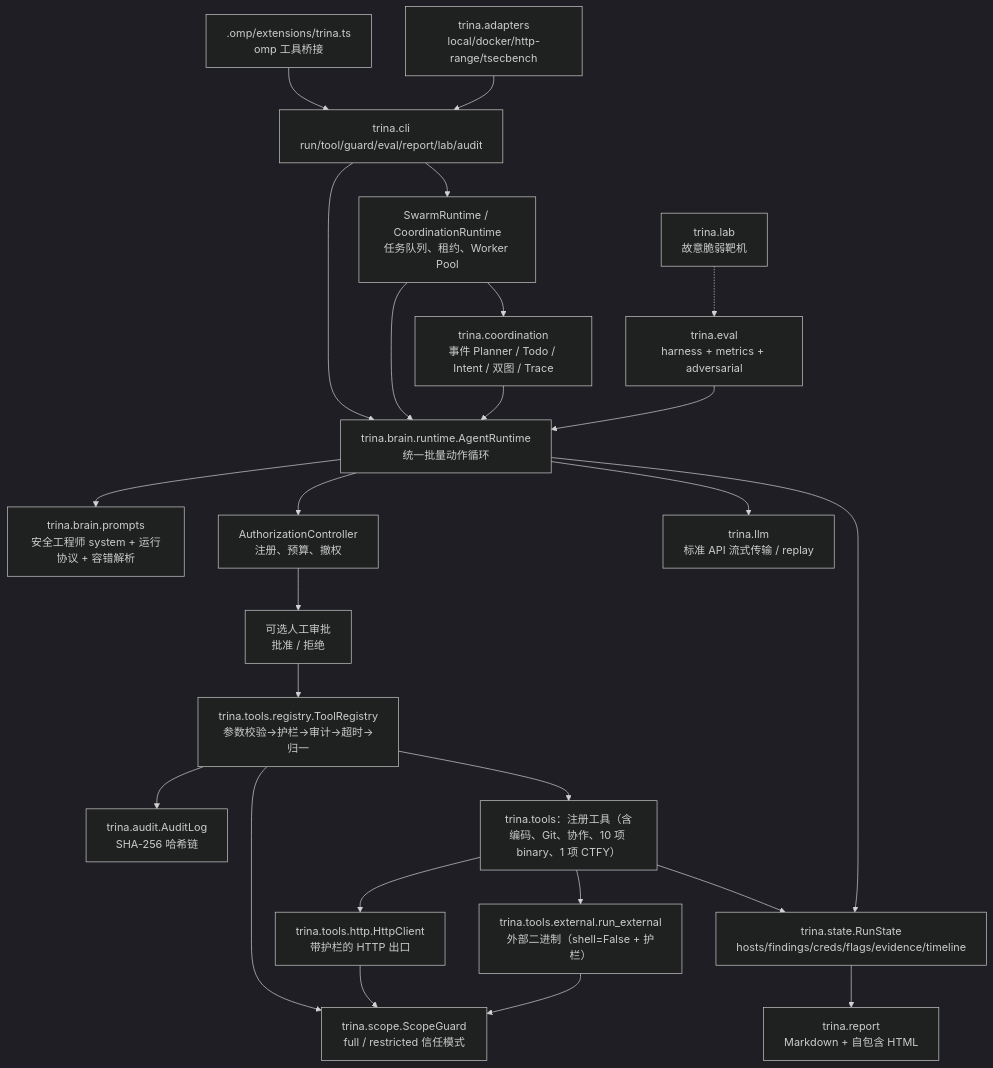
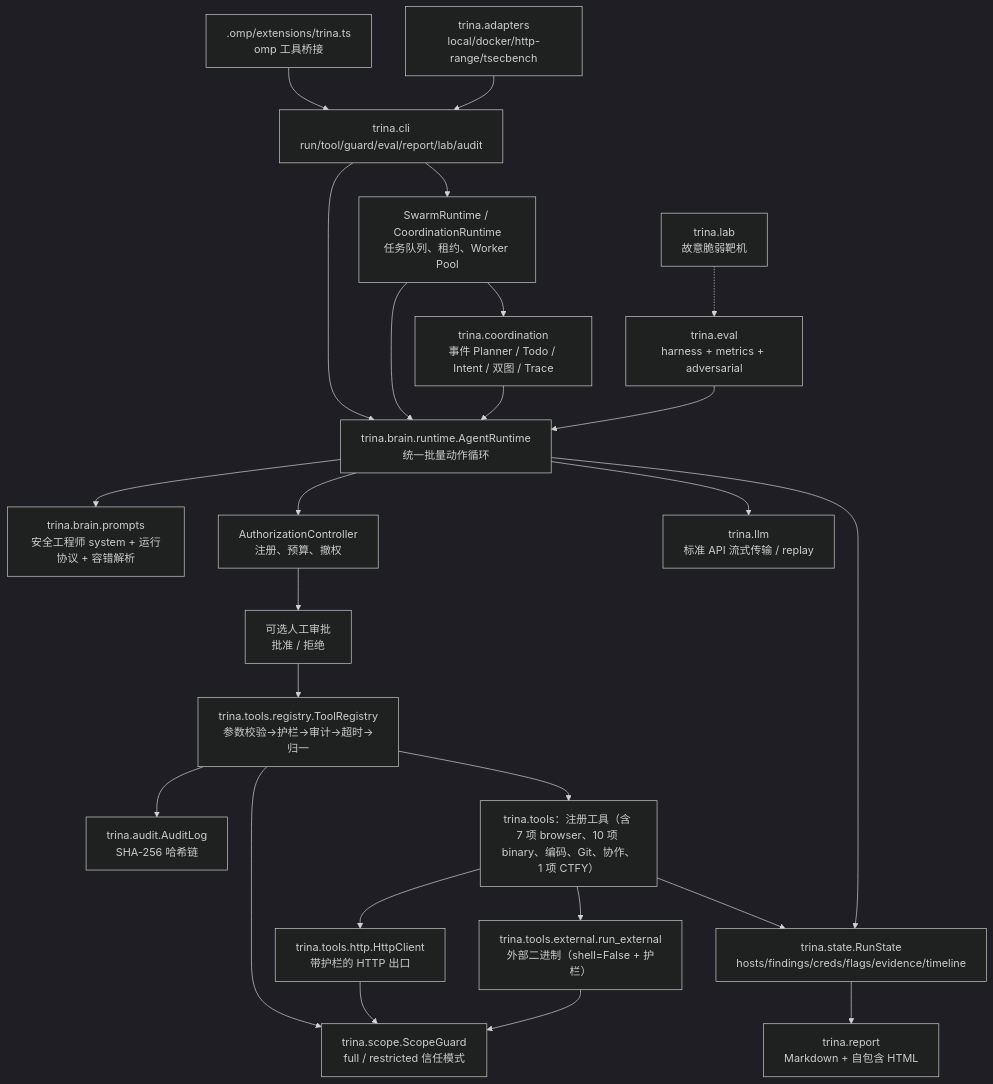
Before and after one commit to YHalo-wyh/Trina: the diagram in docs/ARCHITECTURE.md, drawn with Mermaid (dark theme). The commit also changed other lines of this file and 23 other files, not shown here.

Commit message:
feat: add managed Playwright browser tools

````diff
--- a/docs/ARCHITECTURE.md
+++ b/docs/ARCHITECTURE.md
@@ -13,42 +13,42 @@
 ```mermaid
 flowchart TB
     CLI["trina.cli<br/>run/tool/guard/eval/report/lab/audit"]
     OMPEXT[".omp/extensions/trina.ts<br/>omp 工具桥接"]
     AGENT["trina.brain.runtime.AgentRuntime<br/>统一批量动作循环"]
     SCHED["SwarmRuntime / CoordinationRuntime<br/>任务队列、租约、Worker Pool"]
     PROMPTS["trina.brain.prompts<br/>安全工程师 system + 运行协议 + 容错解析"]
     POLICY["AuthorizationController<br/>注册、预算、撤权"]
     APPROVAL["可选人工审批<br/>批准 / 拒绝"]
     REG["trina.tools.registry.ToolRegistry<br/>参数校验→护栏→审计→超时→归一"]
     GUARD["trina.scope.ScopeGuard<br/>full / restricted 信任模式"]
     AUDIT["trina.audit.AuditLog<br/>SHA-256 哈希链"]
     STATE["trina.state.RunState<br/>hosts/findings/creds/flags/evidence/timeline"]
     COORD["trina.coordination<br/>事件 Planner / Todo / Intent / 双图 / Trace"]
-    TOOLS["trina.tools：注册工具（含编码、Git、协作、10 项 binary、1 项 CTFY）"]
+    TOOLS["trina.tools：注册工具（含 7 项 browser、10 项 binary、编码、Git、协作、1 项 CTFY）"]
     HTTP["trina.tools.http.HttpClient<br/>带护栏的 HTTP 出口"]
     EXT["trina.tools.external.run_external<br/>外部二进制（shell=False + 护栏）"]
     LLM["trina.llm<br/>标准 API 流式传输 / replay"]
     ADAPT["trina.adapters<br/>local/docker/http-range/tsecbench"]
     EVAL["trina.eval<br/>harness + metrics + adversarial"]
     LAB["trina.lab<br/>故意脆弱靶机"]
     REPORT["trina.report<br/>Markdown + 自包含 HTML"]
 
     CLI --> AGENT
     CLI --> SCHED --> COORD
     OMPEXT --> CLI
     SCHED --> AGENT --> PROMPTS
     AGENT --> LLM
     COORD --> AGENT
     AGENT --> POLICY --> APPROVAL --> REG
     REG --> GUARD
     REG --> AUDIT
     REG --> TOOLS
     TOOLS --> HTTP --> GUARD
     TOOLS --> EXT --> GUARD
     TOOLS --> STATE
     AGENT --> STATE
     STATE --> REPORT
     ADAPT --> CLI
     EVAL --> AGENT
     LAB -.-> EVAL
 ```
````
